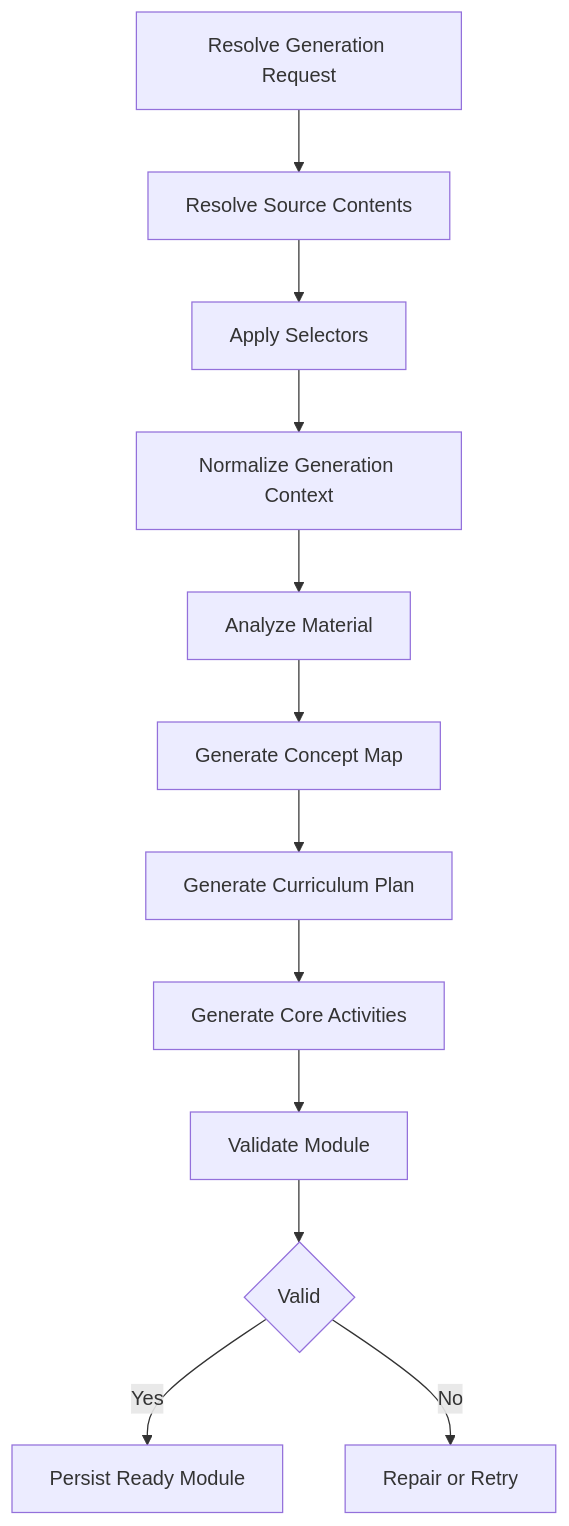
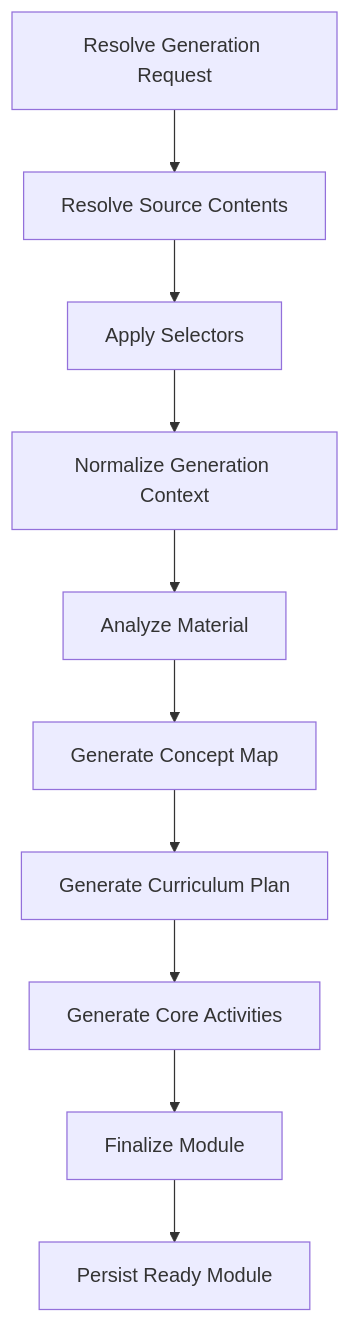
One commit to manikandareas/ngertiin-v2 changed the first of 2 diagrams in docs/04-ai-generation-spec.md. Above: the diagram before and after it, drawn with Mermaid. The commit also changed other lines of this file and 45 other files, not shown here.

````diff
--- a/docs/04-ai-generation-spec.md
+++ b/docs/04-ai-generation-spec.md
@@ -80,14 +83,12 @@
 ```mermaid
 flowchart TD
     A[Resolve Generation Request] --> B[Resolve Source Contents]
     B --> C[Apply Selectors]
     C --> D[Normalize Generation Context]
     D --> E[Analyze Material]
     E --> F[Generate Concept Map]
     F --> G[Generate Curriculum Plan]
     G --> H[Generate Core Activities]
-    H --> I[Validate Module]
-    I --> J{Valid}
-    J -->|Yes| K[Persist Ready Module]
-    J -->|No| L[Repair or Retry]
+    H --> I[Finalize Module]
+    I --> J[Persist Ready Module]
 ```
````
